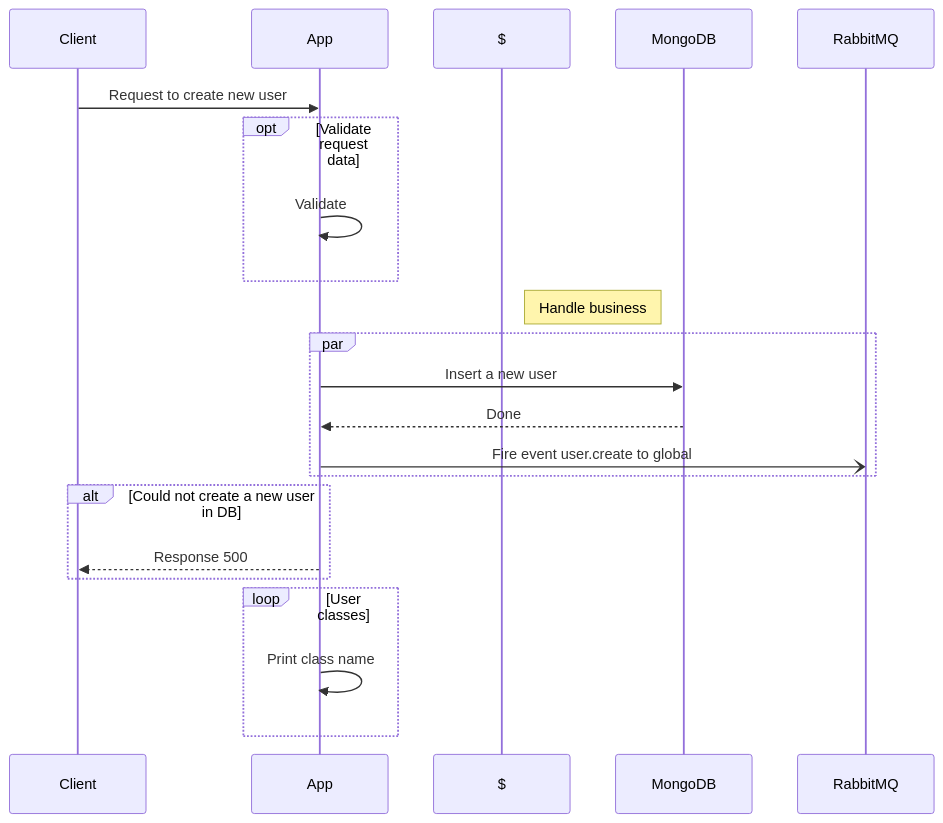
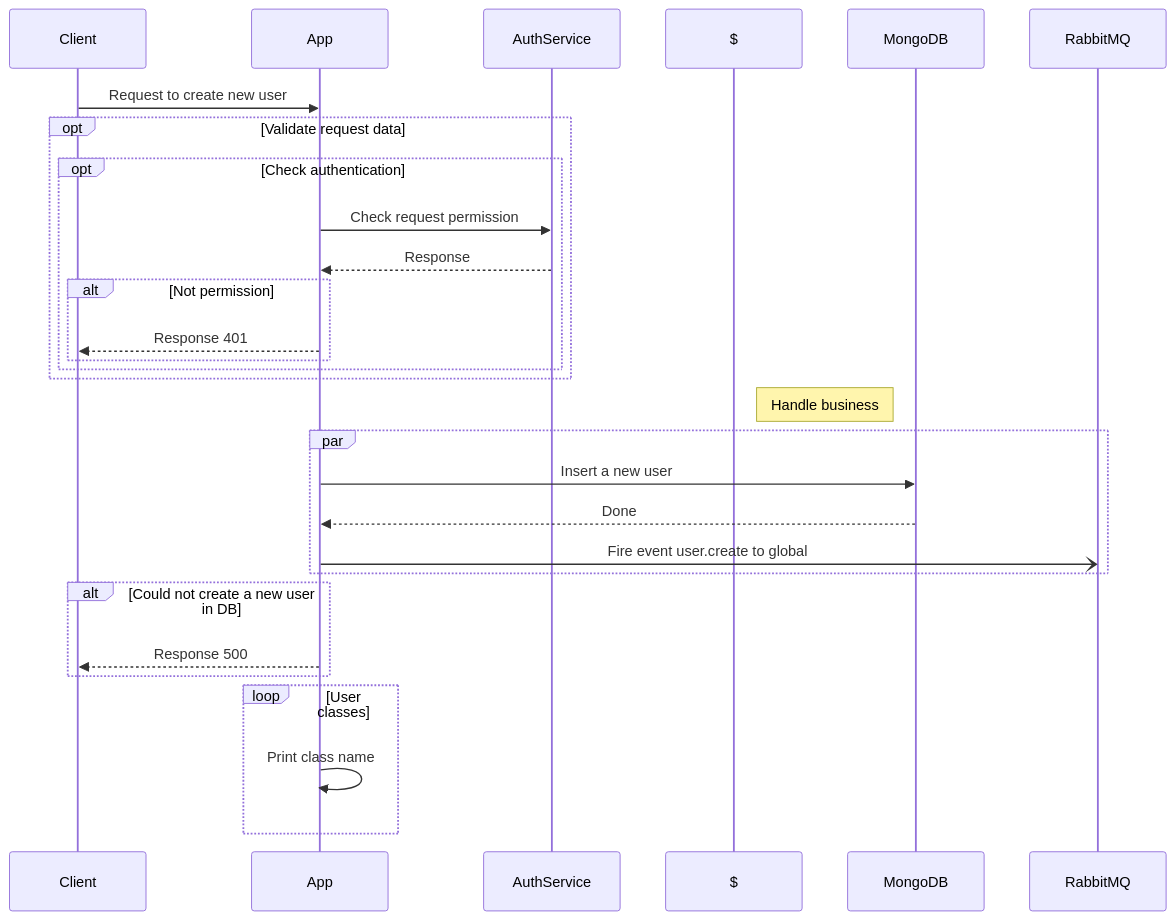
One commit to doanthuanthanh88/yas-sequence-diagram changed the diagram in test/resources/result/Create a new user.md. Above: the diagram before and after it, drawn with Mermaid. The commit also changed 14 other files, not shown here.

Commit message:
Update document schema

````diff
--- a/test/resources/result/Create a new user.md
+++ b/test/resources/result/Create a new user.md
@@ -2,24 +2,32 @@
 ```mermaid
 sequenceDiagram
 
 %% [] Create a new user
 Client ->> App: Request to create new user
 OPT Validate request data
-  App ->> App: Validate
+  %% [UserController.validateRequest] 
+  %% [AuthService.checkAuth] 
+  OPT Check authentication
+    App ->> AuthService: Check request permission
+    AuthService -->> App: Response
+    ALT Not permission
+      App -->> Client: Response 401
+    END
+  END
 END
 NOTE RIGHT OF $: Handle business
 %% [UserService.createNewUser] 
 PAR 
   %% [UserService.createUserInDB] 
   App ->> MongoDB: Insert a new user
   MongoDB -->> App: Done
   %% [UserService.emitCreateUserEvent] 
   App -) RabbitMQ: Fire event user.create to global
 END
 ALT Could not create a new user in DB
   App -->> Client: Response 500
 END
 LOOP User classes
   App ->> App: Print class name
 END
 ```
````
